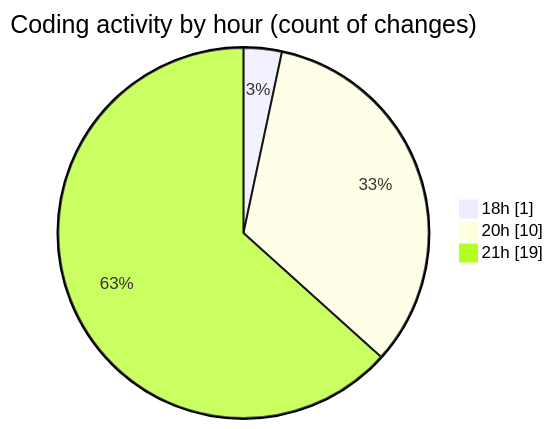
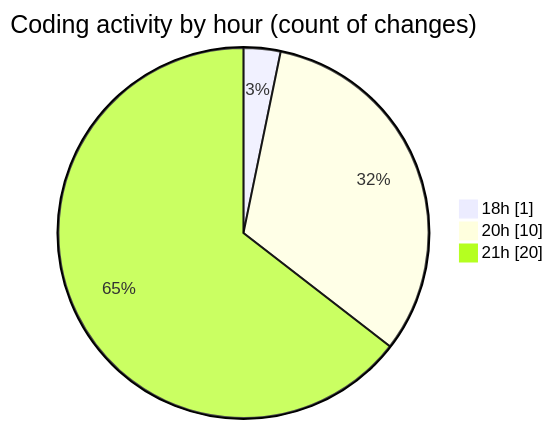
Before and after one commit to MatusMokan/code-tracking: the second of 2 diagrams in 2025-10-08/untitled__workspace_/README.md, drawn with Mermaid. The commit also changed other lines of this file and 1 other file, not shown here.

````diff
--- a/2025-10-08/untitled__workspace_/README.md
+++ b/2025-10-08/untitled__workspace_/README.md
@@ -31,7 +31,7 @@
 ```mermaid
 pie showData
 title Coding activity by hour (count of changes)
 "18h" : 1
 "20h" : 10
-"21h" : 19
+"21h" : 20
 ```
````
